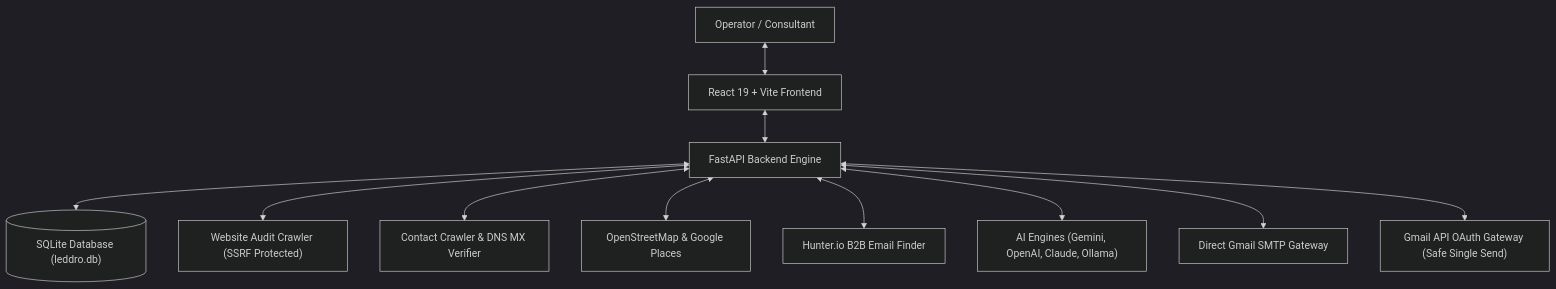
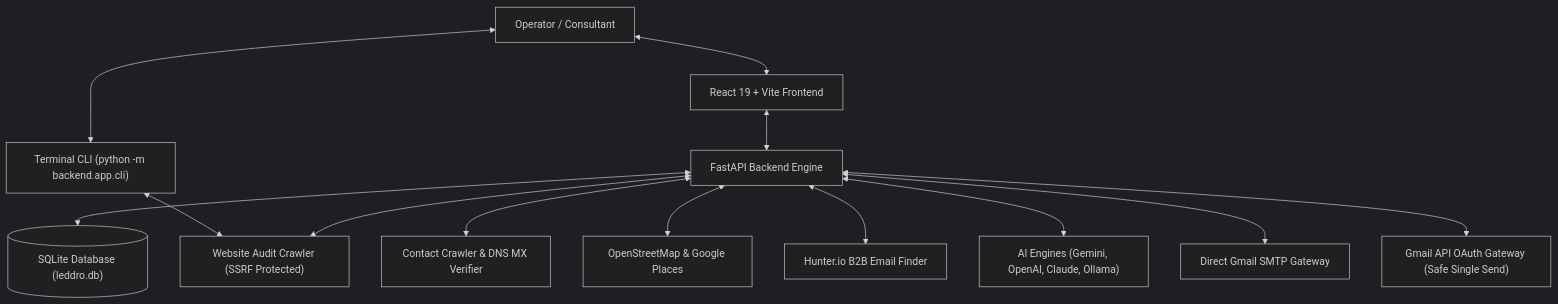
One commit to PrajwalTheCoder/Leddro changed the second of 2 diagrams in README.md. Above: the diagram before and after it, drawn with Mermaid (dark theme). The commit also changed other lines of this file and 6 other files, not shown here.

Commit message:
feat: fast-onboarding README reorganization, terminal CLI audit tool, doc linter & sample CSV

````diff
--- a/README.md
+++ b/README.md
@@ -897,13 +660,15 @@
 ```mermaid
 flowchart TD
     User["Operator / Consultant"] <--> UI["React 19 + Vite Frontend"]
+    User <--> CLI["Terminal CLI (python -m backend.app.cli)"]
     UI <--> API["FastAPI Backend Engine"]
+    CLI <--> Audits["Website Audit Crawler (SSRF Protected)"]
     API <--> DB[("SQLite Database (leddro.db)")]
-    API <--> Audits["Website Audit Crawler (SSRF Protected)"]
+    API <--> Audits
     API <--> Contacts["Contact Crawler & DNS MX Verifier"]
     API <--> Discovery["OpenStreetMap & Google Places"]
     API <--> Hunter["Hunter.io B2B Email Finder"]
     API <--> AI["AI Engines (Gemini, OpenAI, Claude, Ollama)"]
     API <--> SMTP["Direct Gmail SMTP Gateway"]
     API <--> Gmail["Gmail API OAuth Gateway (Safe Single Send)"]
 ```
````
